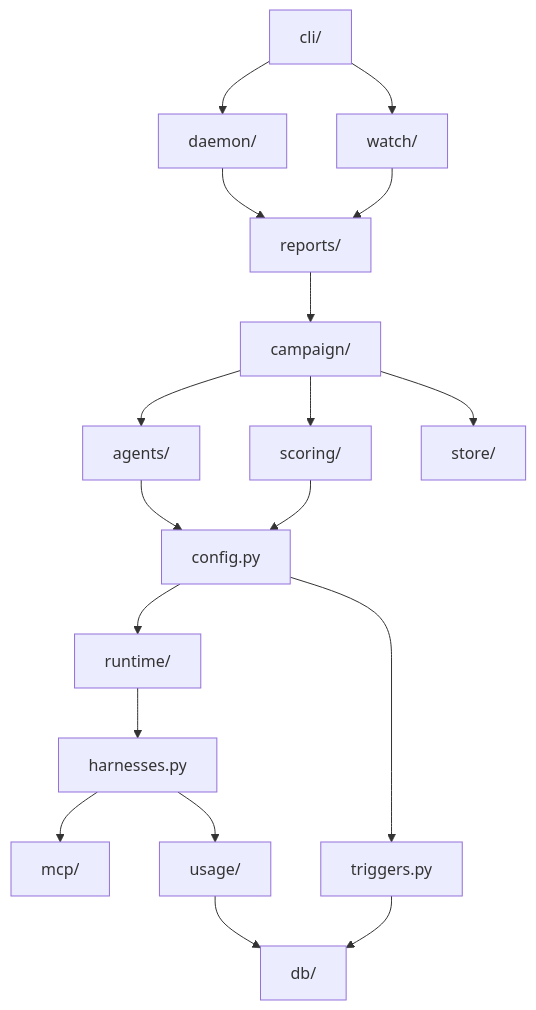
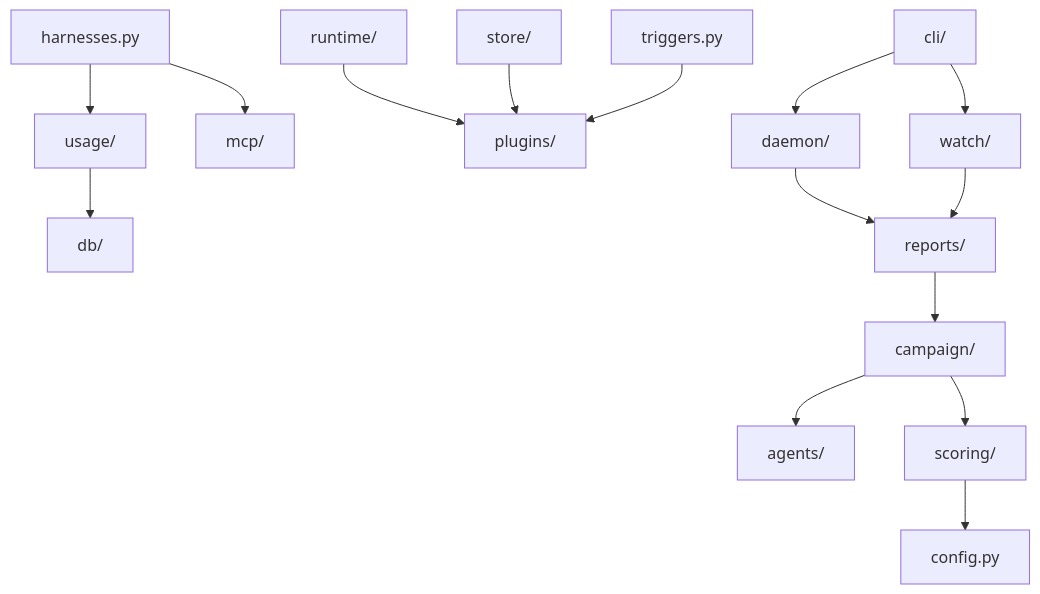
The diagram in docs/snippets/generated/imports.mdx (VatsaDev/piloop), drawn with Mermaid before and after one commit. The commit also changed other lines of this file and 65 other files, not shown here.

````diff
--- a/docs/snippets/generated/imports.mdx
+++ b/docs/snippets/generated/imports.mdx
@@ -3,35 +3,33 @@
 ```mermaid
 flowchart TB
     agents["agents/"]
     campaign["campaign/"]
     cli["cli/"]
     config["config.py"]
     daemon["daemon/"]
     db["db/"]
     harnesses["harnesses.py"]
     mcp["mcp/"]
+    plugins["plugins/"]
     reports["reports/"]
     runtime["runtime/"]
     scoring["scoring/"]
     store["store/"]
     triggers["triggers.py"]
     usage["usage/"]
     watch["watch/"]
-    agents --> config
     campaign --> agents
     campaign --> scoring
-    campaign --> store
     cli --> daemon
     cli --> watch
-    config --> runtime
-    config --> triggers
     daemon --> reports
     harnesses --> mcp
     harnesses --> usage
     reports --> campaign
-    runtime --> harnesses
+    runtime --> plugins
     scoring --> config
-    triggers --> db
+    store --> plugins
+    triggers --> plugins
     usage --> db
     watch --> reports
 ```
````
